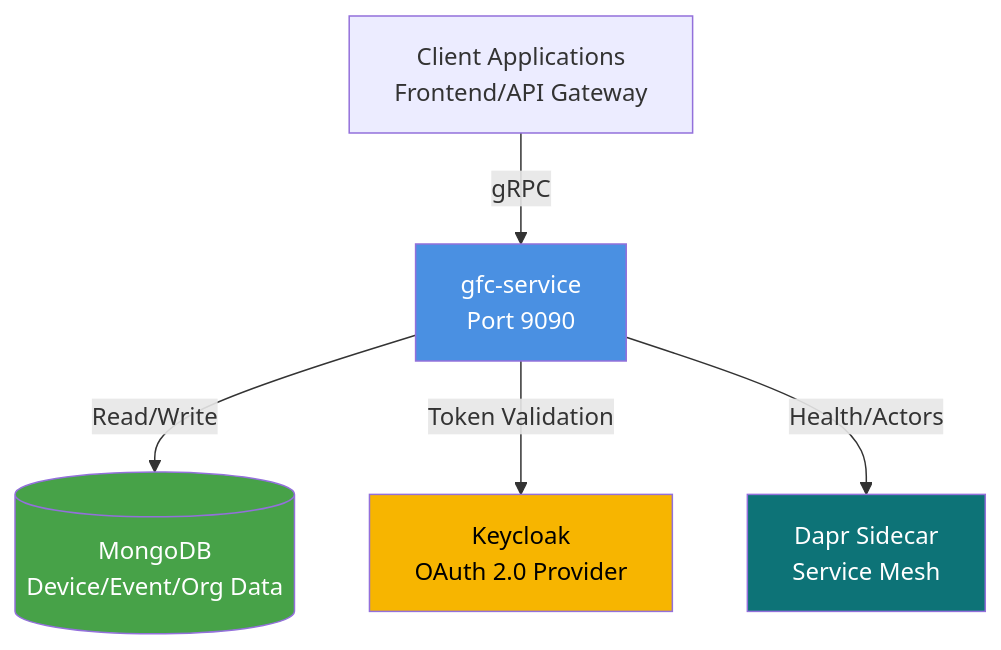
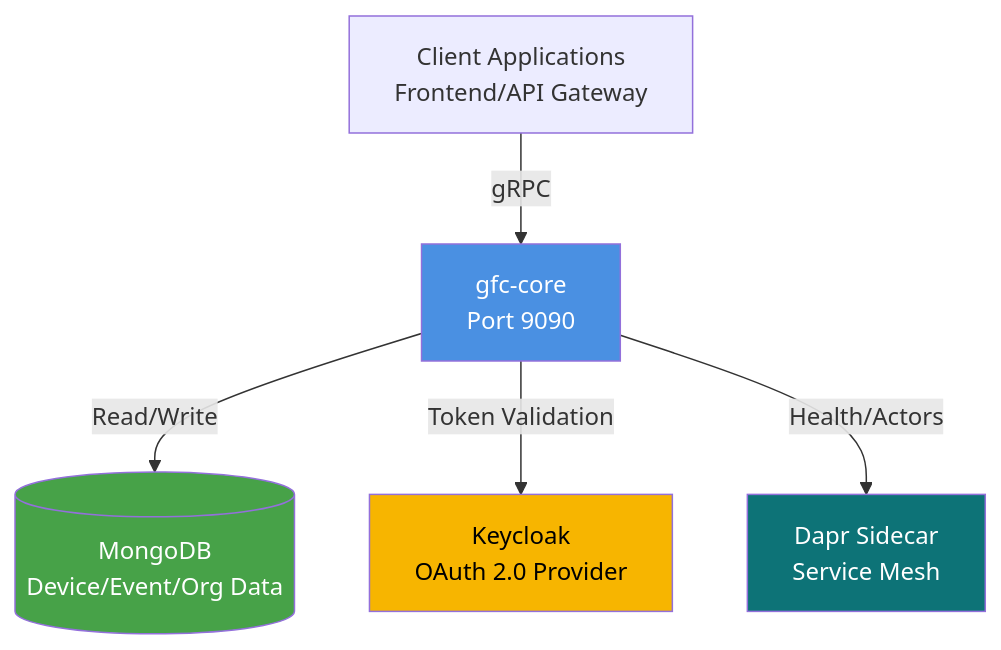
Before and after one commit to sbhrwl/microservices: the diagram in app/gfc-service/introduction/README.md, drawn with Mermaid. The commit also changed other lines of this file, not shown here.

````diff
--- a/app/gfc-service/introduction/README.md
+++ b/app/gfc-service/introduction/README.md
@@ -34,11 +34,11 @@
 ```mermaid
 flowchart TB
-    Client[Client Applications<br/>Frontend/API Gateway] -->|gRPC| GFC[gfc-service<br/>Port 9090]
+    Client[Client Applications<br/>Frontend/API Gateway] -->|gRPC| GFC[gfc-core<br/>Port 9090]
     GFC -->|Read/Write| MongoDB[(MongoDB<br/>Device/Event/Org Data)]
     GFC -->|Token Validation| Keycloak[Keycloak<br/>OAuth 2.0 Provider]
     GFC -->|Health/Actors| Dapr[Dapr Sidecar<br/>Service Mesh]
     style GFC fill:#4A90E2,color:#fff
     style MongoDB fill:#47A248,color:#fff
     style Keycloak fill:#F7B500,color:#000
     style Dapr fill:#0D7377,color:#fff
 ```
````
